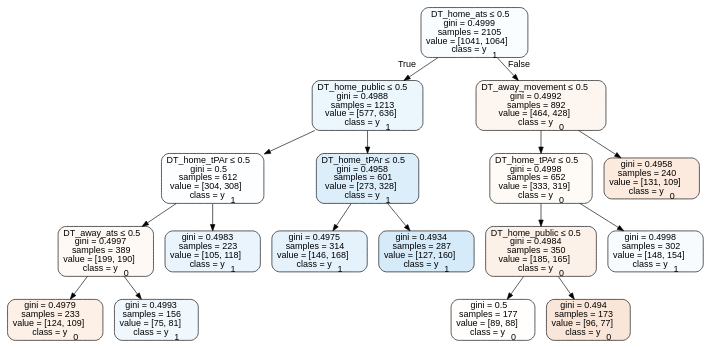
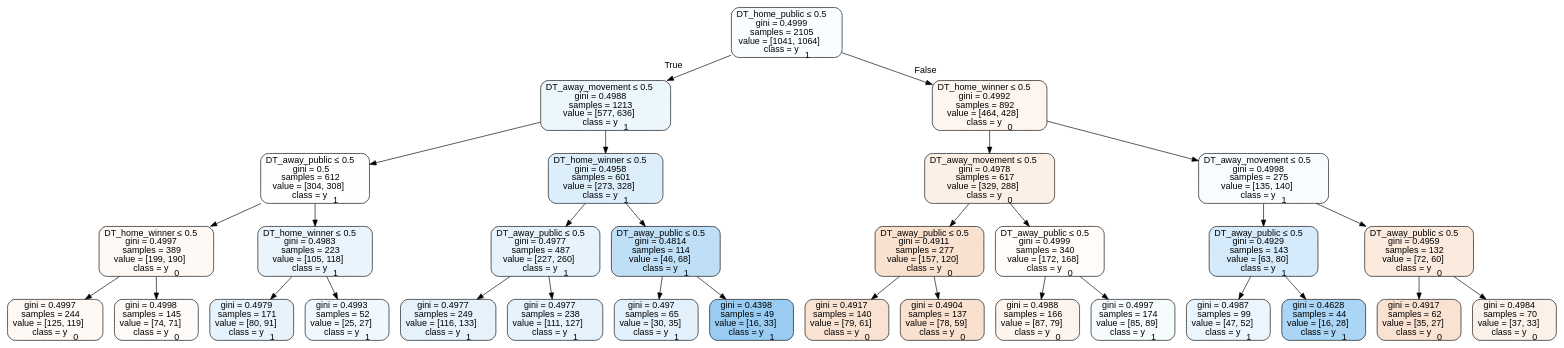
One commit to usbogie/ncaa-bets changed the diagram in tree_data/tree2017neutral.dot. Above: the diagram before and after it, drawn with Graphviz. The commit also changed 26 other files, not shown here.

```diff
--- a/tree_data/tree2017neutral.dot
+++ b/tree_data/tree2017neutral.dot
@@ -1,37 +1,65 @@
 digraph Tree {
 node [shape=box, style="filled, rounded", color="black", fontname=helvetica] ;
 edge [fontname=helvetica] ;
-0 [label=<DT_home_ats &le; 0.5<br/>gini = 0.4999<br/>samples = 2105<br/>value = [1041, 1064]<br/>class = y<SUB>1</SUB>>, fillcolor="#399de506"] ;
-1 [label=<DT_home_public &le; 0.5<br/>gini = 0.4988<br/>samples = 1213<br/>value = [577, 636]<br/>class = y<SUB>1</SUB>>, fillcolor="#399de518"] ;
+0 [label=<DT_home_public &le; 0.5<br/>gini = 0.4999<br/>samples = 2105<br/>value = [1041, 1064]<br/>class = y<SUB>1</SUB>>, fillcolor="#399de506"] ;
+1 [label=<DT_away_movement &le; 0.5<br/>gini = 0.4988<br/>samples = 1213<br/>value = [577, 636]<br/>class = y<SUB>1</SUB>>, fillcolor="#399de518"] ;
 0 -> 1 [labeldistance=2.5, labelangle=45, headlabel="True"] ;
-2 [label=<DT_home_tPAr &le; 0.5<br/>gini = 0.5<br/>samples = 612<br/>value = [304, 308]<br/>class = y<SUB>1</SUB>>, fillcolor="#399de503"] ;
+2 [label=<DT_away_public &le; 0.5<br/>gini = 0.5<br/>samples = 612<br/>value = [304, 308]<br/>class = y<SUB>1</SUB>>, fillcolor="#399de503"] ;
 1 -> 2 ;
-3 [label=<DT_away_ats &le; 0.5<br/>gini = 0.4997<br/>samples = 389<br/>value = [199, 190]<br/>class = y<SUB>0</SUB>>, fillcolor="#e581390c"] ;
+3 [label=<DT_home_winner &le; 0.5<br/>gini = 0.4997<br/>samples = 389<br/>value = [199, 190]<br/>class = y<SUB>0</SUB>>, fillcolor="#e581390c"] ;
 2 -> 3 ;
-4 [label=<gini = 0.4979<br/>samples = 233<br/>value = [124, 109]<br/>class = y<SUB>0</SUB>>, fillcolor="#e581391f"] ;
+4 [label=<gini = 0.4997<br/>samples = 244<br/>value = [125, 119]<br/>class = y<SUB>0</SUB>>, fillcolor="#e581390c"] ;
 3 -> 4 ;
-5 [label=<gini = 0.4993<br/>samples = 156<br/>value = [75, 81]<br/>class = y<SUB>1</SUB>>, fillcolor="#399de513"] ;
+5 [label=<gini = 0.4998<br/>samples = 145<br/>value = [74, 71]<br/>class = y<SUB>0</SUB>>, fillcolor="#e581390a"] ;
 3 -> 5 ;
-6 [label=<gini = 0.4983<br/>samples = 223<br/>value = [105, 118]<br/>class = y<SUB>1</SUB>>, fillcolor="#399de51c"] ;
+6 [label=<DT_home_winner &le; 0.5<br/>gini = 0.4983<br/>samples = 223<br/>value = [105, 118]<br/>class = y<SUB>1</SUB>>, fillcolor="#399de51c"] ;
 2 -> 6 ;
-7 [label=<DT_home_tPAr &le; 0.5<br/>gini = 0.4958<br/>samples = 601<br/>value = [273, 328]<br/>class = y<SUB>1</SUB>>, fillcolor="#399de52b"] ;
-1 -> 7 ;
-8 [label=<gini = 0.4975<br/>samples = 314<br/>value = [146, 168]<br/>class = y<SUB>1</SUB>>, fillcolor="#399de521"] ;
-7 -> 8 ;
-9 [label=<gini = 0.4934<br/>samples = 287<br/>value = [127, 160]<br/>class = y<SUB>1</SUB>>, fillcolor="#399de535"] ;
-7 -> 9 ;
-10 [label=<DT_away_movement &le; 0.5<br/>gini = 0.4992<br/>samples = 892<br/>value = [464, 428]<br/>class = y<SUB>0</SUB>>, fillcolor="#e5813914"] ;
-0 -> 10 [labeldistance=2.5, labelangle=-45, headlabel="False"] ;
-11 [label=<DT_home_tPAr &le; 0.5<br/>gini = 0.4998<br/>samples = 652<br/>value = [333, 319]<br/>class = y<SUB>0</SUB>>, fillcolor="#e581390b"] ;
+7 [label=<gini = 0.4979<br/>samples = 171<br/>value = [80, 91]<br/>class = y<SUB>1</SUB>>, fillcolor="#399de51f"] ;
+6 -> 7 ;
+8 [label=<gini = 0.4993<br/>samples = 52<br/>value = [25, 27]<br/>class = y<SUB>1</SUB>>, fillcolor="#399de513"] ;
+6 -> 8 ;
+9 [label=<DT_home_winner &le; 0.5<br/>gini = 0.4958<br/>samples = 601<br/>value = [273, 328]<br/>class = y<SUB>1</SUB>>, fillcolor="#399de52b"] ;
+1 -> 9 ;
+10 [label=<DT_away_public &le; 0.5<br/>gini = 0.4977<br/>samples = 487<br/>value = [227, 260]<br/>class = y<SUB>1</SUB>>, fillcolor="#399de520"] ;
+9 -> 10 ;
+11 [label=<gini = 0.4977<br/>samples = 249<br/>value = [116, 133]<br/>class = y<SUB>1</SUB>>, fillcolor="#399de521"] ;
 10 -> 11 ;
-12 [label=<DT_home_public &le; 0.5<br/>gini = 0.4984<br/>samples = 350<br/>value = [185, 165]<br/>class = y<SUB>0</SUB>>, fillcolor="#e581391c"] ;
-11 -> 12 ;
-13 [label=<gini = 0.5<br/>samples = 177<br/>value = [89, 88]<br/>class = y<SUB>0</SUB>>, fillcolor="#e5813903"] ;
-12 -> 13 ;
-14 [label=<gini = 0.494<br/>samples = 173<br/>value = [96, 77]<br/>class = y<SUB>0</SUB>>, fillcolor="#e5813932"] ;
-12 -> 14 ;
-15 [label=<gini = 0.4998<br/>samples = 302<br/>value = [148, 154]<br/>class = y<SUB>1</SUB>>, fillcolor="#399de50a"] ;
-11 -> 15 ;
-16 [label=<gini = 0.4958<br/>samples = 240<br/>value = [131, 109]<br/>class = y<SUB>0</SUB>>, fillcolor="#e581392b"] ;
-10 -> 16 ;
+12 [label=<gini = 0.4977<br/>samples = 238<br/>value = [111, 127]<br/>class = y<SUB>1</SUB>>, fillcolor="#399de520"] ;
+10 -> 12 ;
+13 [label=<DT_away_public &le; 0.5<br/>gini = 0.4814<br/>samples = 114<br/>value = [46, 68]<br/>class = y<SUB>1</SUB>>, fillcolor="#399de552"] ;
+9 -> 13 ;
+14 [label=<gini = 0.497<br/>samples = 65<br/>value = [30, 35]<br/>class = y<SUB>1</SUB>>, fillcolor="#399de524"] ;
+13 -> 14 ;
+15 [label=<gini = 0.4398<br/>samples = 49<br/>value = [16, 33]<br/>class = y<SUB>1</SUB>>, fillcolor="#399de583"] ;
+13 -> 15 ;
+16 [label=<DT_home_winner &le; 0.5<br/>gini = 0.4992<br/>samples = 892<br/>value = [464, 428]<br/>class = y<SUB>0</SUB>>, fillcolor="#e5813914"] ;
+0 -> 16 [labeldistance=2.5, labelangle=-45, headlabel="False"] ;
+17 [label=<DT_away_movement &le; 0.5<br/>gini = 0.4978<br/>samples = 617<br/>value = [329, 288]<br/>class = y<SUB>0</SUB>>, fillcolor="#e5813920"] ;
+16 -> 17 ;
+18 [label=<DT_away_public &le; 0.5<br/>gini = 0.4911<br/>samples = 277<br/>value = [157, 120]<br/>class = y<SUB>0</SUB>>, fillcolor="#e581393c"] ;
+17 -> 18 ;
+19 [label=<gini = 0.4917<br/>samples = 140<br/>value = [79, 61]<br/>class = y<SUB>0</SUB>>, fillcolor="#e581393a"] ;
+18 -> 19 ;
+20 [label=<gini = 0.4904<br/>samples = 137<br/>value = [78, 59]<br/>class = y<SUB>0</SUB>>, fillcolor="#e581393e"] ;
+18 -> 20 ;
+21 [label=<DT_away_public &le; 0.5<br/>gini = 0.4999<br/>samples = 340<br/>value = [172, 168]<br/>class = y<SUB>0</SUB>>, fillcolor="#e5813906"] ;
+17 -> 21 ;
+22 [label=<gini = 0.4988<br/>samples = 166<br/>value = [87, 79]<br/>class = y<SUB>0</SUB>>, fillcolor="#e5813917"] ;
+21 -> 22 ;
+23 [label=<gini = 0.4997<br/>samples = 174<br/>value = [85, 89]<br/>class = y<SUB>1</SUB>>, fillcolor="#399de50b"] ;
+21 -> 23 ;
+24 [label=<DT_away_movement &le; 0.5<br/>gini = 0.4998<br/>samples = 275<br/>value = [135, 140]<br/>class = y<SUB>1</SUB>>, fillcolor="#399de509"] ;
+16 -> 24 ;
+25 [label=<DT_away_public &le; 0.5<br/>gini = 0.4929<br/>samples = 143<br/>value = [63, 80]<br/>class = y<SUB>1</SUB>>, fillcolor="#399de536"] ;
+24 -> 25 ;
+26 [label=<gini = 0.4987<br/>samples = 99<br/>value = [47, 52]<br/>class = y<SUB>1</SUB>>, fillcolor="#399de519"] ;
+25 -> 26 ;
+27 [label=<gini = 0.4628<br/>samples = 44<br/>value = [16, 28]<br/>class = y<SUB>1</SUB>>, fillcolor="#399de56d"] ;
+25 -> 27 ;
+28 [label=<DT_away_public &le; 0.5<br/>gini = 0.4959<br/>samples = 132<br/>value = [72, 60]<br/>class = y<SUB>0</SUB>>, fillcolor="#e581392a"] ;
+24 -> 28 ;
+29 [label=<gini = 0.4917<br/>samples = 62<br/>value = [35, 27]<br/>class = y<SUB>0</SUB>>, fillcolor="#e581393a"] ;
+28 -> 29 ;
+30 [label=<gini = 0.4984<br/>samples = 70<br/>value = [37, 33]<br/>class = y<SUB>0</SUB>>, fillcolor="#e581391c"] ;
+28 -> 30 ;
 }
```
